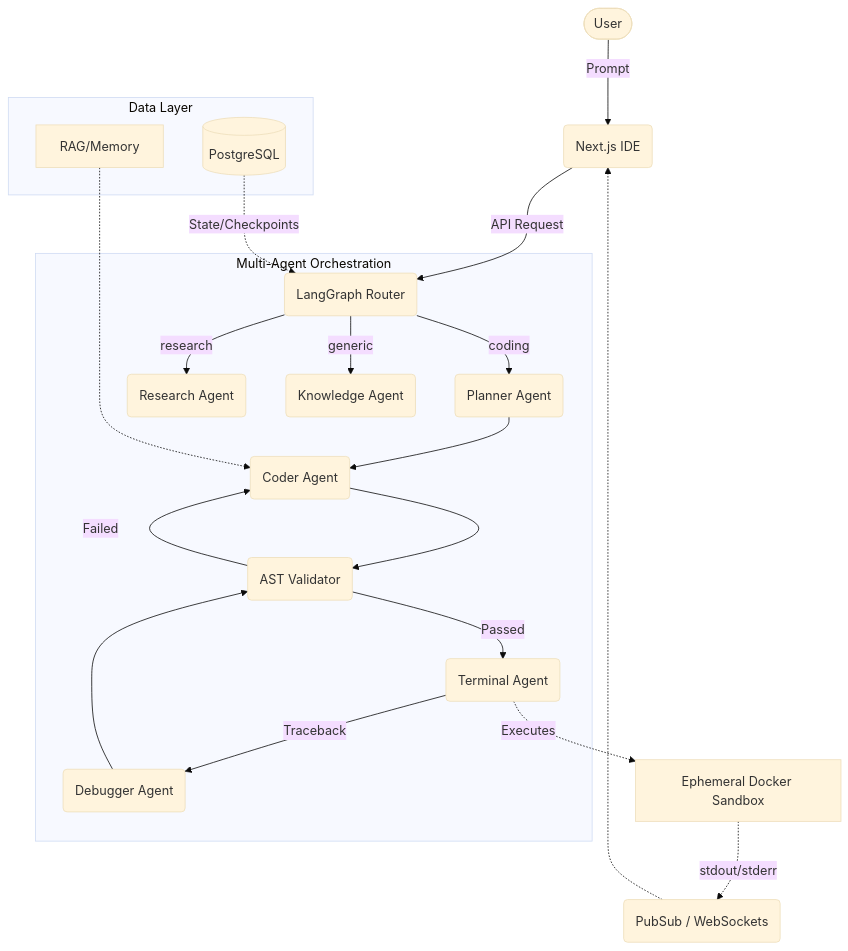
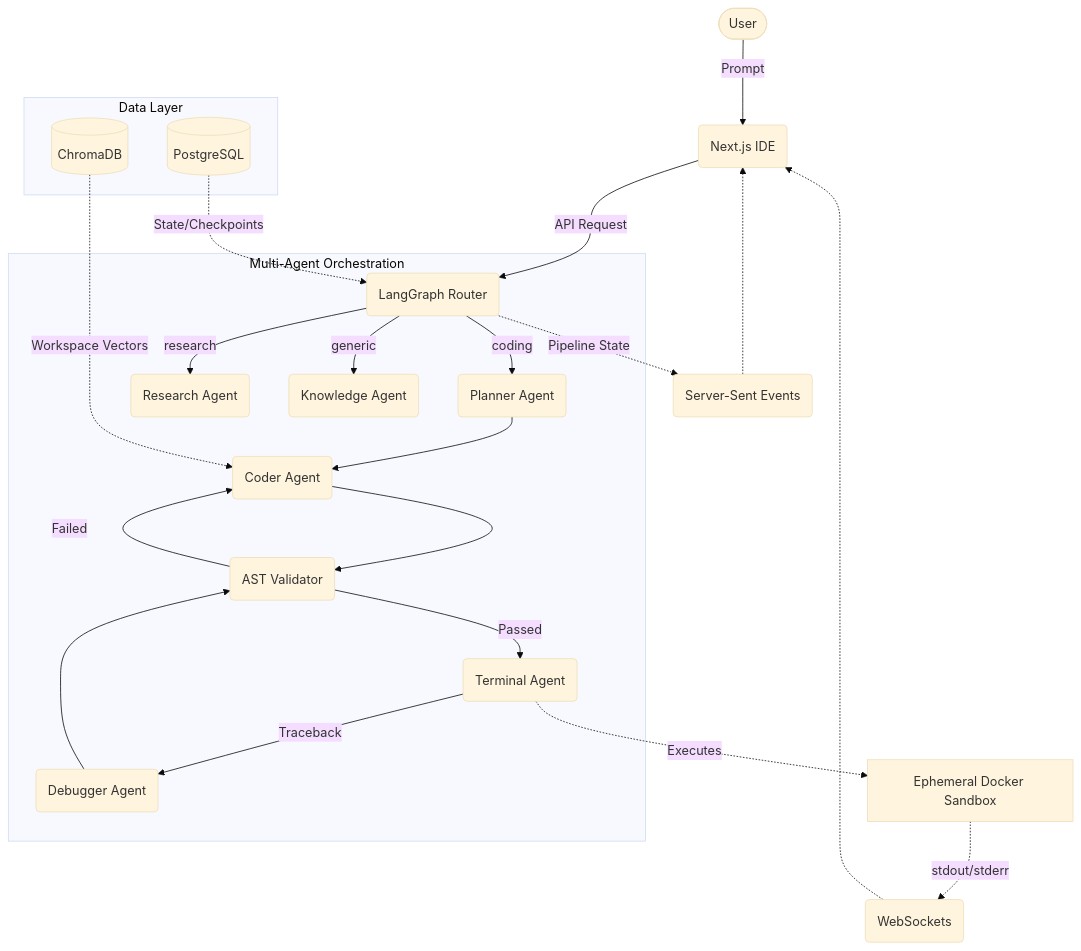
Before and after one commit to Harsh-Sharma29/AutoForge: the diagram in README.md, drawn with Mermaid (base theme). The commit also changed other lines of this file, not shown here.

Commit message:
docs: completely rewrite README for recruiter readiness and architecture accuracy

````diff
--- a/README.md
+++ b/README.md
@@ -25,28 +24,30 @@
 ```mermaid
 graph TD
     User([User]) -->|Prompt| UI(Next.js IDE)
     UI -->|API Request| Router(LangGraph Router)
     
     subgraph Multi-Agent Orchestration
         Router -->|coding| Planner(Planner Agent)
         Router -->|research| Research(Research Agent)
         Router -->|generic| Knowledge(Knowledge Agent)
         
         Planner --> Coder(Coder Agent)
         Coder --> Validator(AST Validator)
         Validator -->|Failed| Coder
         Validator -->|Passed| Terminal(Terminal Agent)
         
         Terminal -->|Traceback| Debugger(Debugger Agent)
         Debugger --> Validator
     end
 
     Terminal -.->|Executes| Docker[Ephemeral Docker Sandbox]
-    Docker -.->|stdout/stderr| PubSub(PubSub / WebSockets)
+    Docker -.->|stdout/stderr| PubSub(WebSockets)
+    Router -.->|Pipeline State| SSE(Server-Sent Events)
     PubSub -.-> UI
+    SSE -.-> UI
     
     subgraph Data Layer
         DB[(PostgreSQL)] -.->|State/Checkpoints| Router
-        Memory[RAG/Memory] -.-> Coder
+        Memory[(ChromaDB)] -.->|Workspace Vectors| Coder
     end
 ```
````
